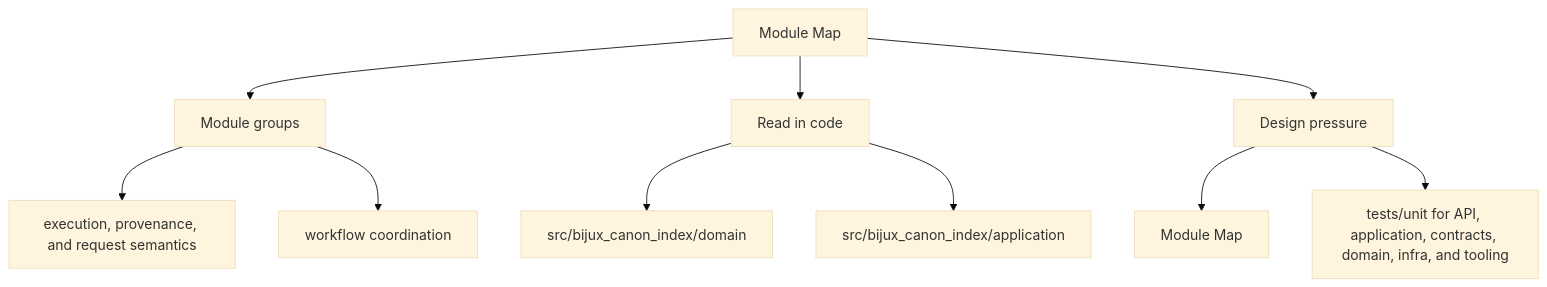
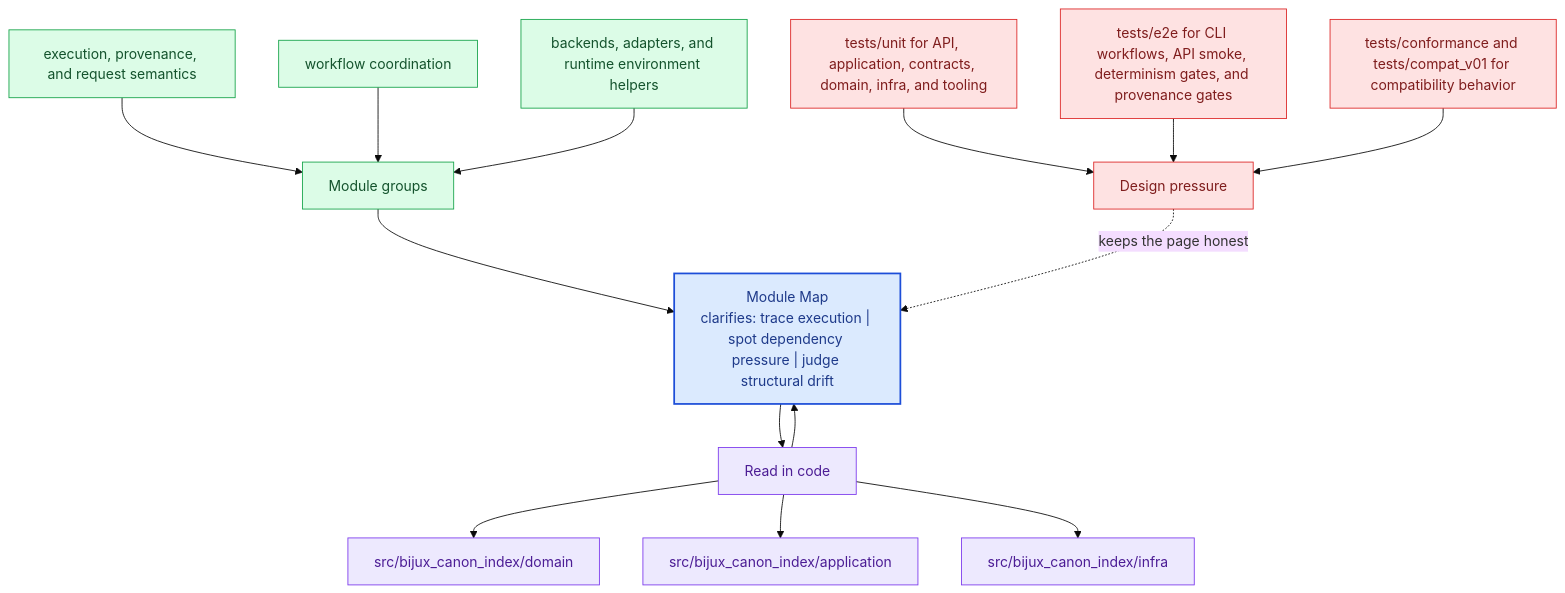
The second of 2 diagrams in docs/bijux-canon-index/architecture/module-map.md (bijux/bijux-canon), drawn with Mermaid (base theme) before and after one commit. The commit also changed other lines of this file and 281 other files, not shown here.

Commit message:
docs(diagrams): deepen handbook mermaid maps across the catalog

````diff
--- a/docs/bijux-canon-index/architecture/module-map.md
+++ b/docs/bijux-canon-index/architecture/module-map.md
@@ -35,22 +68,40 @@
 ```mermaid
-flowchart TD
-    page["Module Map"]
+flowchart TB
+    promise["Module Map<br/>clarifies: trace execution | spot dependency pressure | judge structural drift"]
+    classDef promise fill:#dbeafe,stroke:#1d4ed8,color:#1e3a8a,stroke-width:2px;
+    classDef driver fill:#dcfce7,stroke:#16a34a,color:#14532d;
+    classDef constraint fill:#fee2e2,stroke:#dc2626,color:#7f1d1d;
+    classDef ground fill:#ede9fe,stroke:#7c3aed,color:#4c1d95;
     focus1["Module groups"]
-    page --> focus1
+    focus1 --> promise
     focus1_1["execution, provenance, and request semantics"]
-    focus1 --> focus1_1
+    focus1_1 --> focus1
     focus1_2["workflow coordination"]
-    focus1 --> focus1_2
+    focus1_2 --> focus1
+    focus1_3["backends, adapters, and runtime environment helpers"]
+    focus1_3 --> focus1
+    class focus1 driver;
+    class focus1_1,focus1_2,focus1_3 driver;
     focus2["Read in code"]
-    page --> focus2
+    focus2 --> promise
+    promise --> focus2
     focus2_1["src/bijux_canon_index/domain"]
     focus2 --> focus2_1
     focus2_2["src/bijux_canon_index/application"]
     focus2 --> focus2_2
+    focus2_3["src/bijux_canon_index/infra"]
+    focus2 --> focus2_3
+    class focus2 ground;
+    class focus2_1,focus2_2,focus2_3 ground;
     focus3["Design pressure"]
-    page --> focus3
-    focus3_1["Module Map"]
-    focus3 --> focus3_1
-    focus3_2["tests/unit for API, application, contracts, domain, infra, and tooling"]
-    focus3 --> focus3_2
+    focus3 -.keeps the page honest.-> promise
+    focus3_1["tests/unit for API, application, contracts, domain, infra, and tooling"]
+    focus3_1 --> focus3
+    focus3_2["tests/e2e for CLI workflows, API smoke, determinism gates, and provenance gates"]
+    focus3_2 --> focus3
+    focus3_3["tests/conformance and tests/compat_v01 for compatibility behavior"]
+    focus3_3 --> focus3
+    class focus3 constraint;
+    class focus3_1,focus3_2,focus3_3 constraint;
+    class promise promise;
 ```
````
